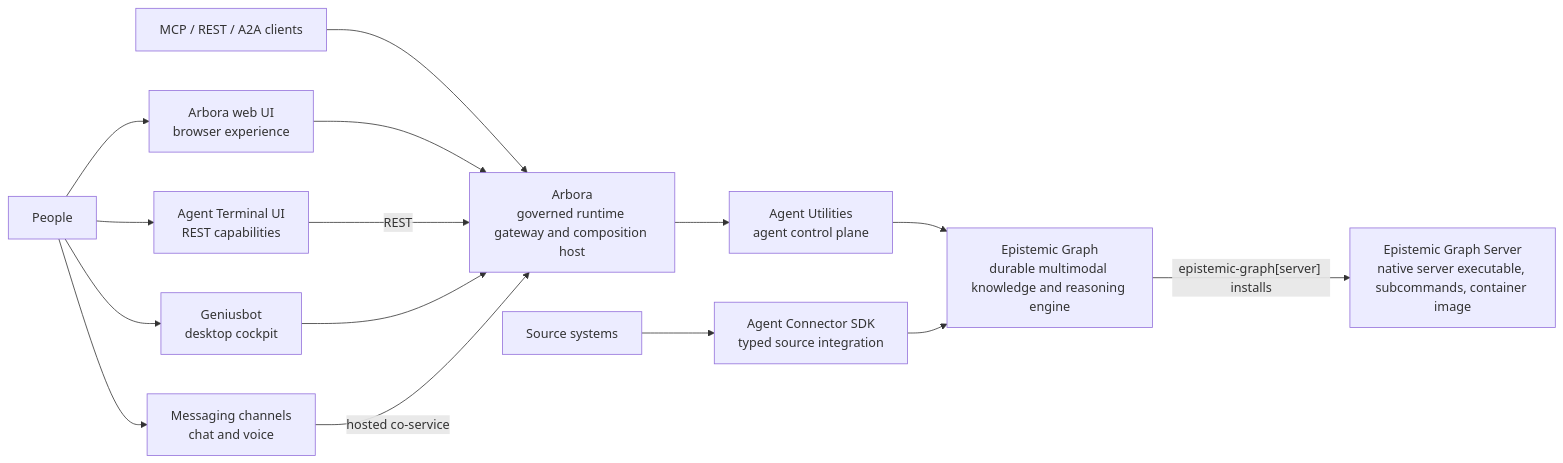
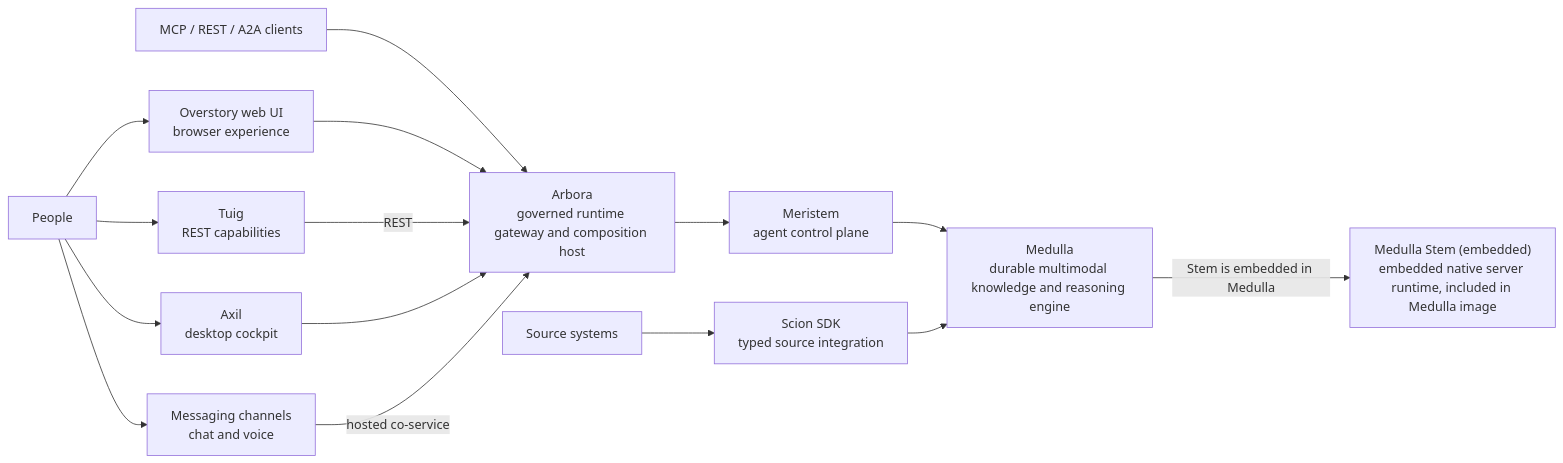
One commit to Knuckles-Team/epistemic-graph changed the diagram in docs/assets/runtime-architecture.mmd. Above: the diagram before and after it, drawn with Mermaid. The commit also changed 1 other file, not shown here.

Commit message:
docs: align runtime architecture with Arbora names
Spec: none (documentation name alignment; no behavior or spec row changed)

```diff
--- a/docs/assets/runtime-architecture.mmd
+++ b/docs/assets/runtime-architecture.mmd
@@ -1,28 +1,28 @@
 flowchart LR
   People["People"]
-  WebUI["Arbora web UI<br/>browser experience"]
-  TUI["Agent Terminal UI<br/>REST capabilities"]
-  Genius["Geniusbot<br/>desktop cockpit"]
+  WebUI["Overstory web UI<br/>browser experience"]
+  TUI["Tuig<br/>REST capabilities"]
+  Genius["Axil<br/>desktop cockpit"]
   Messaging["Messaging channels<br/>chat and voice"]
   Clients["MCP / REST / A2A clients"]
   Arbora["Arbora<br/>governed runtime gateway and composition host"]
-  AU["Agent Utilities<br/>agent control plane"]
-  EG["Epistemic Graph<br/>durable multimodal knowledge and reasoning engine"]
-  Server["Epistemic Graph Server<br/>native server executable, subcommands, container image"]
+  AU["Meristem<br/>agent control plane"]
+  EG["Medulla<br/>durable multimodal knowledge and reasoning engine"]
+  Server["Medulla Stem (embedded)<br/>embedded native server runtime, included in Medulla image"]
   Sources["Source systems"]
-  SDK["Agent Connector SDK<br/>typed source integration"]
+  SDK["Scion SDK<br/>typed source integration"]
 
   People --> WebUI
   People --> TUI
   People --> Genius
   People --> Messaging
   Clients --> Arbora
   WebUI --> Arbora
   TUI -->|REST| Arbora
   Genius --> Arbora
   Messaging -->|hosted co-service| Arbora
   Arbora --> AU
   AU --> EG
-  EG -->|"epistemic-graph[server] installs"| Server
+  EG -->|"Stem is embedded in Medulla"| Server
   Sources --> SDK
   SDK --> EG
```
